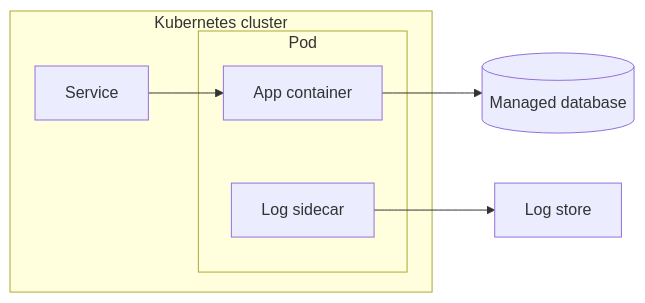
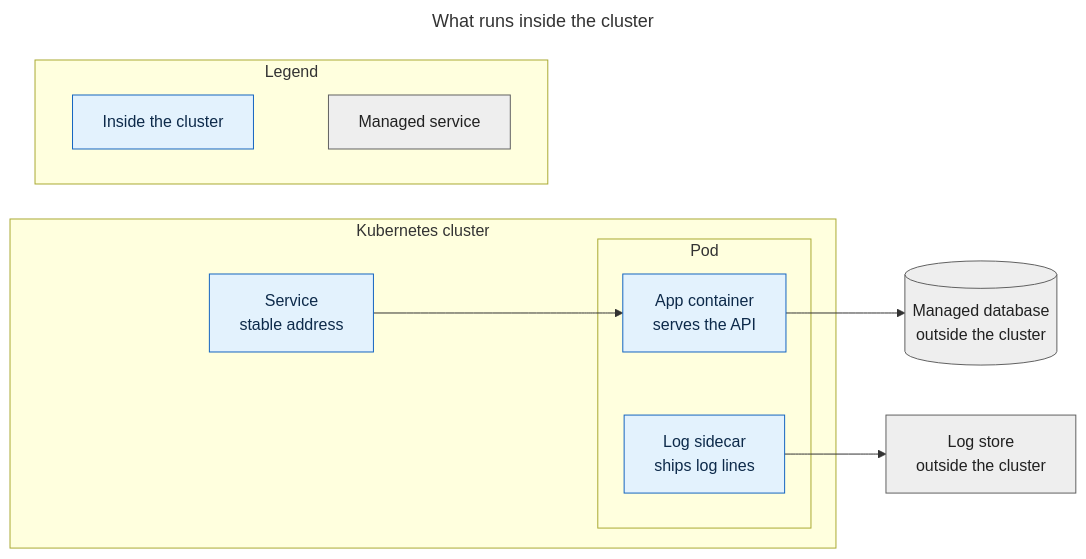
Before and after one commit to norton77930/understanding-ai-outputs: the sixth of 6 diagrams in skills/diagram-explainer/references/diagram-types.md, drawn with Mermaid. The commit also changed other lines of this file and 7 other files, not shown here.

First line of the commit message:
feat(diagram-explainer): size to topic, two-line labels, title, colors with legend, LR for pipelines (#46)

````diff
--- a/skills/diagram-explainer/references/diagram-types.md
+++ b/skills/diagram-explainer/references/diagram-types.md
@@ -81,14 +181,28 @@
 ```mermaid
+---
+title: What runs inside the cluster
+---
 flowchart LR
     subgraph cluster [Kubernetes cluster]
         subgraph pod [Pod]
-            APP[App container]
-            SIDE[Log sidecar]
+            APP["App container<br>serves the API"]
+            SIDE["Log sidecar<br>ships log lines"]
         end
-        SVC[Service]
+        SVC["Service<br>stable address"]
     end
-    DB[(Managed database)]
+    DB[("Managed database<br>outside the cluster")]
+    LOGS["Log store<br>outside the cluster"]
     SVC --> APP
     APP --> DB
-    SIDE --> LOGS[Log store]
+    SIDE --> LOGS
+    subgraph legend [Legend]
+        direction LR
+        k1["Inside the cluster"]:::inside
+        k2["Managed service"]:::outside
+        k1 ~~~ k2
+    end
+    classDef inside fill:#e3f2fd,stroke:#1565c0,color:#0d2a4a
+    classDef outside fill:#eeeeee,stroke:#616161,color:#212121
+    class APP,SIDE,SVC inside
+    class DB,LOGS outside
 ```
````
